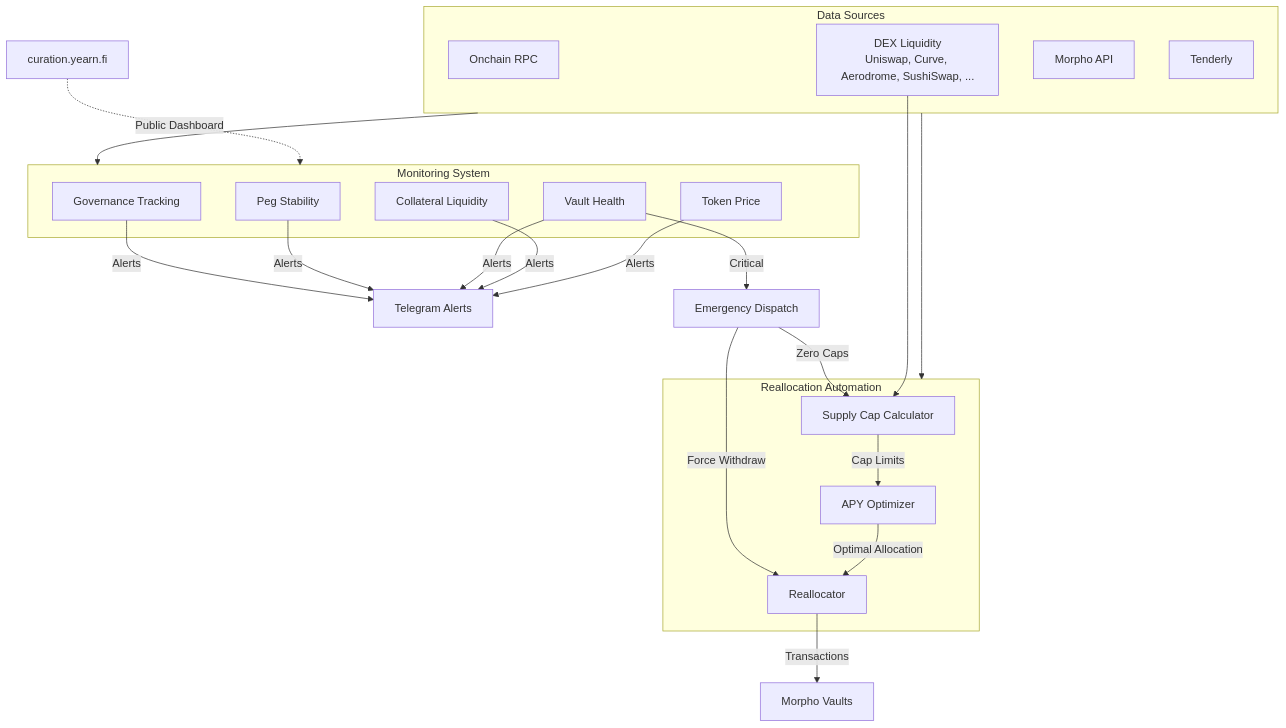
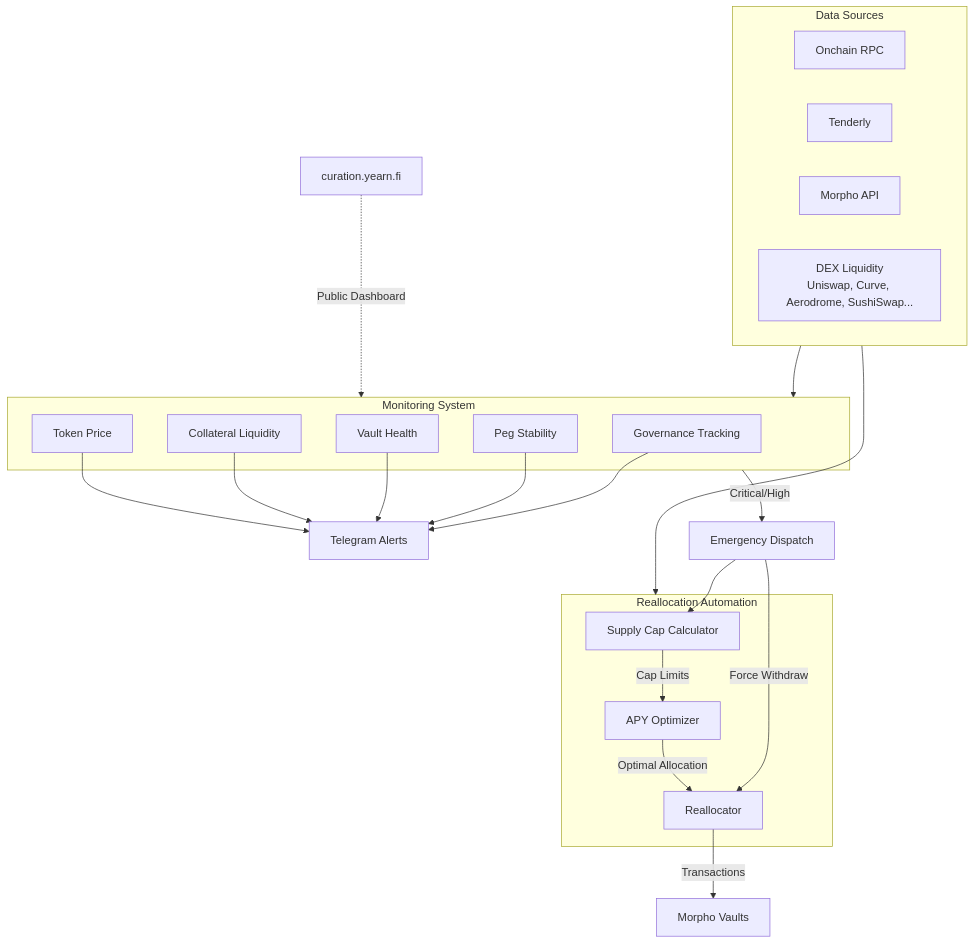
Before and after one commit to yearn/yearn-devdocs: the first of 3 diagrams in docs/getting-started/products/curating/introduction.md, drawn with Mermaid.

Commit message:
docs: curation flow diagram update

````diff
--- a/docs/getting-started/products/curating/introduction.md
+++ b/docs/getting-started/products/curating/introduction.md
@@ -23,44 +23,43 @@
 ```mermaid
 graph TB
+    subgraph Data["Data Sources"]
+        RPC[Onchain RPC]
+        TEND[Tenderly]
+        MORPHOAPI[Morpho API]
+        DEX[DEX Liquidity<br/>Uniswap, Curve, Aerodrome, SushiSwap...]
+    end
+
     subgraph Monitoring["Monitoring System"]
         GOV[Governance Tracking]
         PEG[Peg Stability]
         HEALTH[Vault Health]
         LIQ[Collateral Liquidity]
         PRICE[Token Price]
     end
 
     subgraph Automation["Reallocation Automation"]
         CAPS[Supply Cap Calculator]
         OPT[APY Optimizer]
         REALLOC[Reallocator]
     end
 
-    subgraph Data["Data Sources"]
-        RPC[Onchain RPC]
-        DEX[DEX Liquidity<br/>Uniswap, Curve, Aerodrome, SushiSwap, ...]
-        MORPHOAPI[Morpho API]
-        TEND[Tenderly]
-    end
-
     VAULTS[Morpho Vaults]
 
     Data --> Monitoring
     Data --> Automation
 
-    GOV -->|Alerts| TG[Telegram Alerts]
-    PEG -->|Alerts| TG
-    HEALTH -->|Alerts| TG
-    LIQ -->|Alerts| TG
-    PRICE -->|Alerts| TG
-    HEALTH -->|Critical| EMRG[Emergency Dispatch]
-    EMRG -->|Zero Caps| CAPS
+    GOV --> TG[Telegram Alerts]
+    PEG --> TG
+    HEALTH --> TG
+    LIQ --> TG
+    PRICE --> TG
+    Monitoring -->|Critical/High| EMRG[Emergency Dispatch]
+    EMRG --> CAPS
     EMRG -->|Force Withdraw| REALLOC
 
-    DEX --> CAPS
     CAPS -->|Cap Limits| OPT
     OPT -->|Optimal Allocation| REALLOC
     REALLOC -->|Transactions| VAULTS
 
     DASH[curation.yearn.fi] -.->|Public Dashboard| Monitoring
 ```
````
